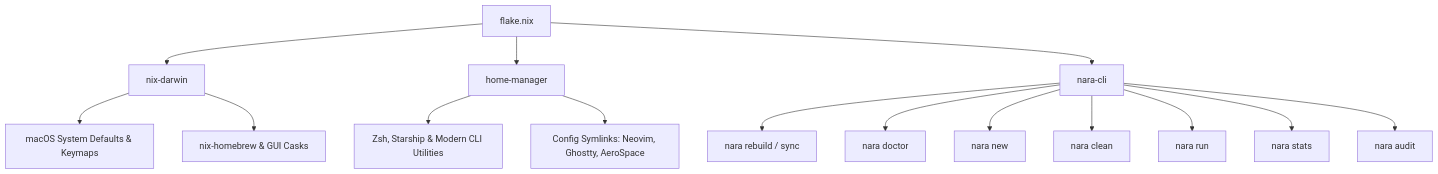
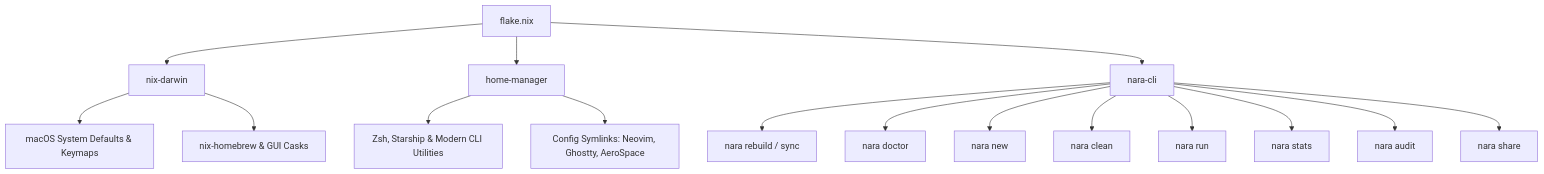
One commit to Aneeshie/dotfiles changed the diagram in README.md. Above: the diagram before and after it, drawn with Mermaid. The commit also changed other lines of this file and 2 other files, not shown here.

Commit message:
feat(cli): add share command with local Wi-Fi HTTP server and terminal QR code

````diff
--- a/README.md
+++ b/README.md
@@ -43,20 +43,21 @@
 ```mermaid
 graph TD
     A[flake.nix] --> B[nix-darwin]
     A --> C[home-manager]
     A --> D[nara-cli]
 
     B --> E[macOS System Defaults & Keymaps]
     B --> F[nix-homebrew & GUI Casks]
 
     C --> G[Zsh, Starship & Modern CLI Utilities]
     C --> H[Config Symlinks: Neovim, Ghostty, AeroSpace]
 
     D --> I[nara rebuild / sync]
     D --> J[nara doctor]
     D --> K[nara new <app>]
     D --> L[nara clean]
     D --> M[nara run <pkg>]
     D --> N[nara stats]
     D --> O[nara audit]
+    D --> P[nara share <file>]
 ```
````
